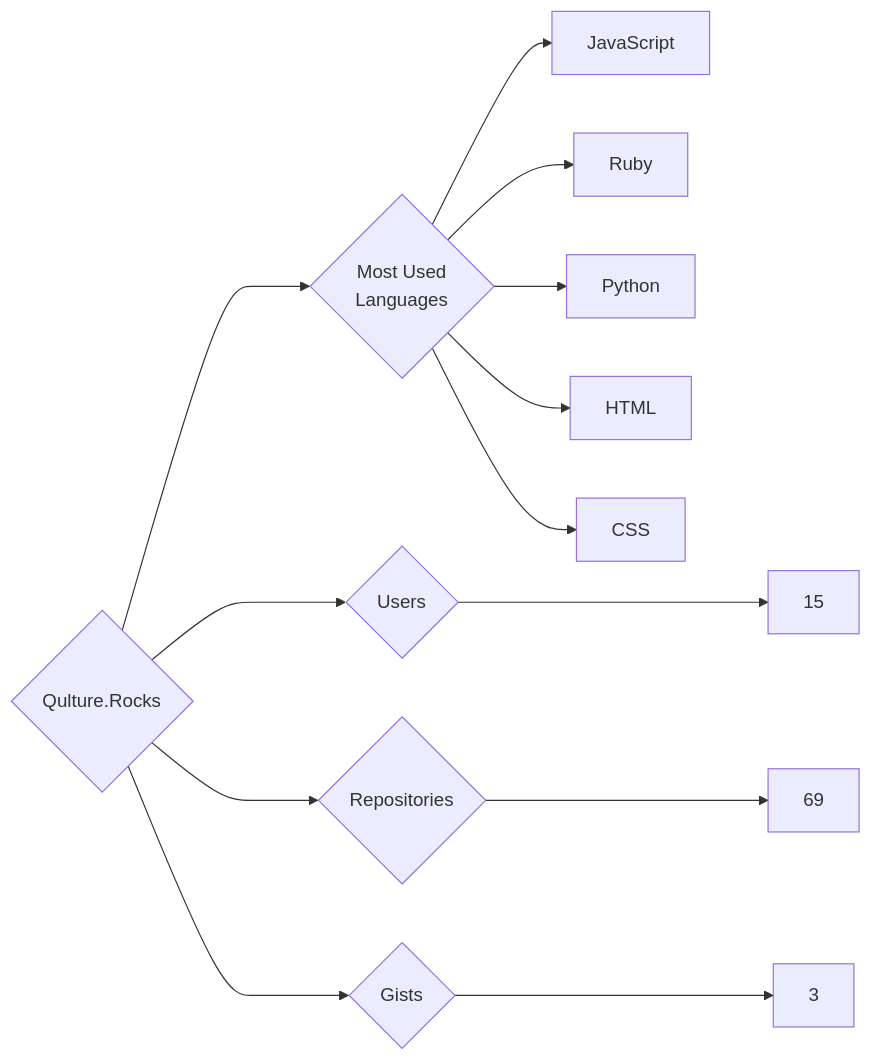
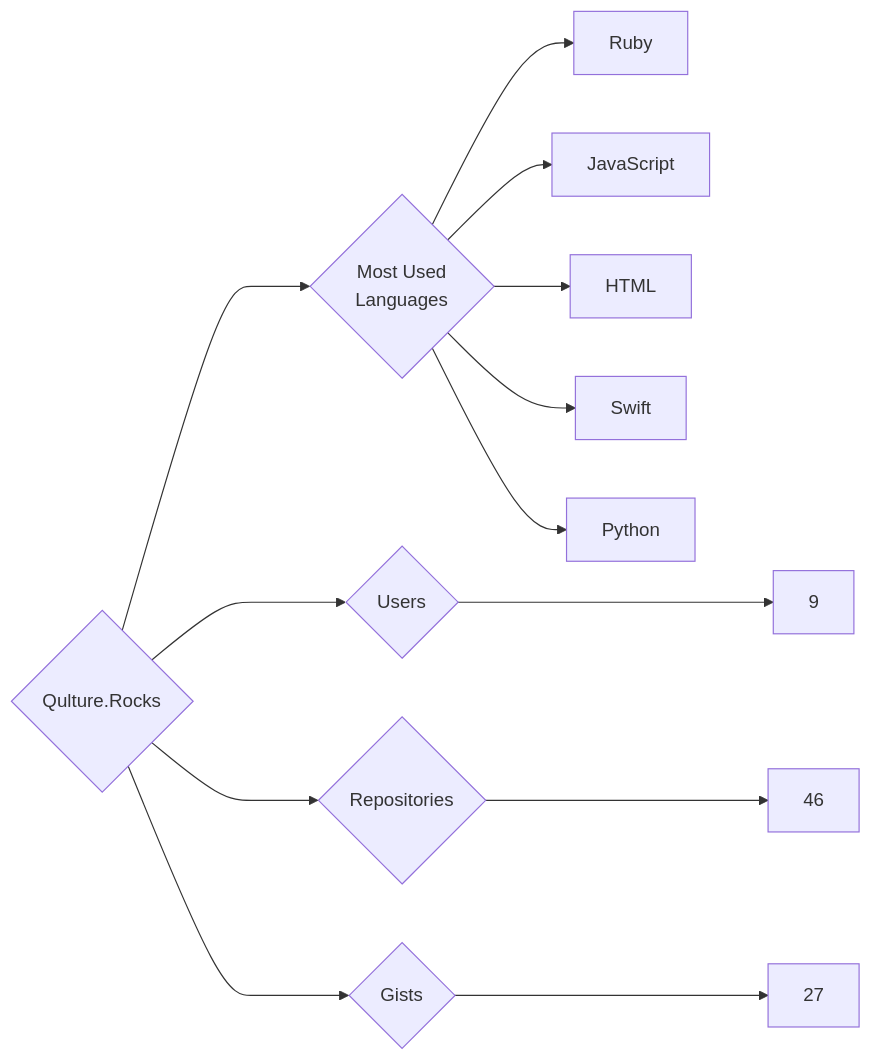
Before and after one commit to trickest/insiders: the diagram in targets/Qulture.Rocks/README.md, drawn with Mermaid. The commit also changed 928 other files, not shown here.

````diff
--- a/targets/Qulture.Rocks/README.md
+++ b/targets/Qulture.Rocks/README.md
@@ -3,13 +3,13 @@
 ```mermaid
 graph LR
 COMPANY_NAME{Qulture.Rocks}
-COMPANY_NAME ---> U{Users} ---> UN[15]
-COMPANY_NAME ---> R{Repositories} ---> RN[69]
-COMPANY_NAME ---> G{Gists} ---> GN[3]
+COMPANY_NAME ---> U{Users} ---> UN[9]
+COMPANY_NAME ---> R{Repositories} ---> RN[46]
+COMPANY_NAME ---> G{Gists} ---> GN[27]
 COMPANY_NAME ---> ML{Most Used<br>Languages}
+ML --> Ruby[Ruby]
 ML --> JavaScript[JavaScript]
-ML --> Ruby[Ruby]
+ML --> HTML[HTML]
+ML --> Swift[Swift]
 ML --> Python[Python]
-ML --> HTML[HTML]
-ML --> CSS[CSS]
 ```
````
